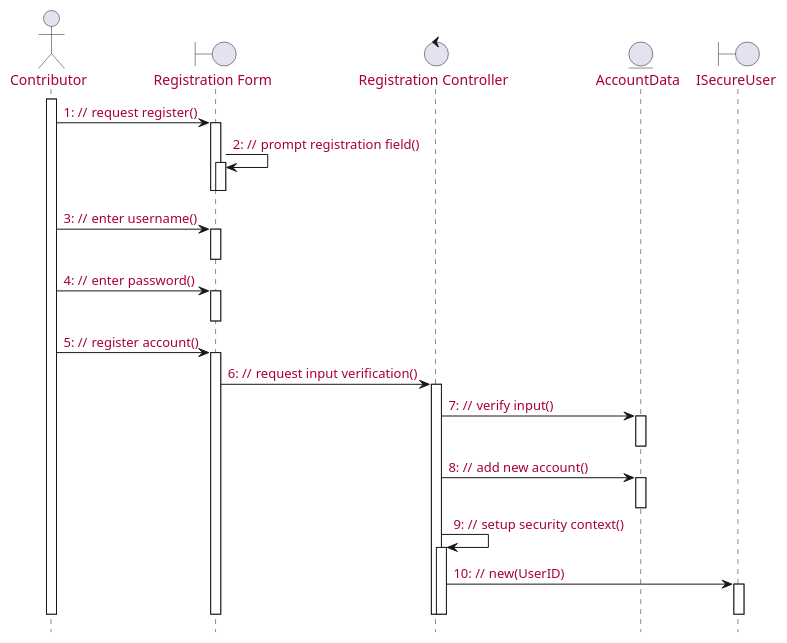
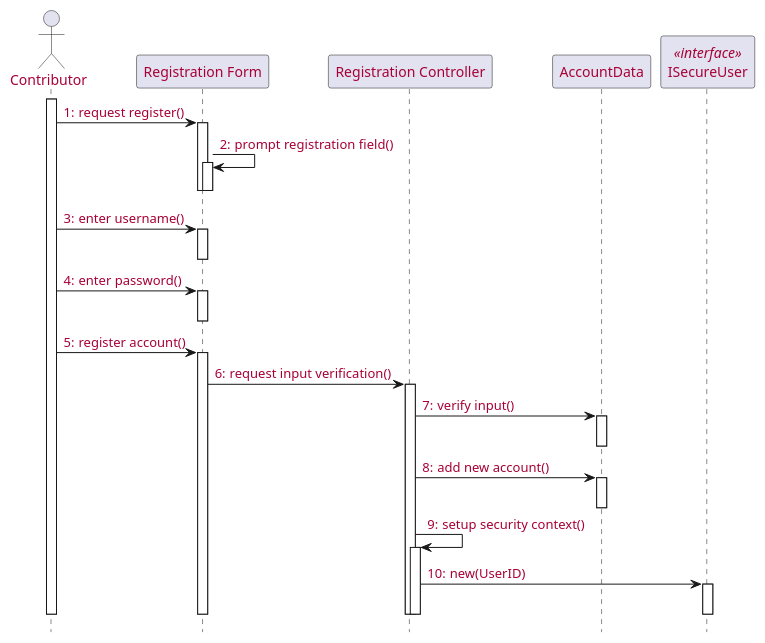
One commit to McSinyx/ipppi changed the second of 8 diagrams in source/solution/use-case-design.rst. Above: the diagram before and after it, drawn with PlantUML. The commit also changed other lines of this file, not shown here.

```diff
--- a/source/solution/use-case-design.rst
+++ b/source/solution/use-case-design.rst
@@ -47,35 +47,35 @@
 .. uml::
 
    skinparam defaultFontColor #a80036
-   autonumber "#: //"
+   autonumber "#:"
    autoactivate on
    hide footbox
 
    actor Contributor
-   boundary "Registration Form" as RF
-   control "Registration Controller" as RC
-   entity AccountData
-   boundary ISecureUser
+   participant "Registration Form" as RF
+   participant "Registration Controller" as RC
+   participant AccountData
+   participant ISecureUser <<interface>>
 
    activate Contributor
    Contributor -> RF : request register()
    RF -> RF : prompt registration field()
    deactivate RF
    deactivate RF
    Contributor -> RF : enter username()
    deactivate RF
    Contributor -> RF : enter password()
    deactivate RF
    Contributor -> RF : register account()
    RF -> RC : request input verification()
    RC -> AccountData : verify input()
    deactivate AccountData
    RC -> AccountData : add new account()
    deactivate AccountData   
    RC -> RC : setup security context()
    RC -> ISecureUser : new(UserID)
    deactivate ISecureUser
    deactivate RC
    deactivate RC   
    deactivate RF
    deactivate Contributor
```
